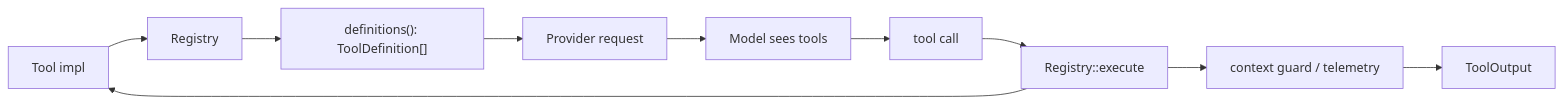
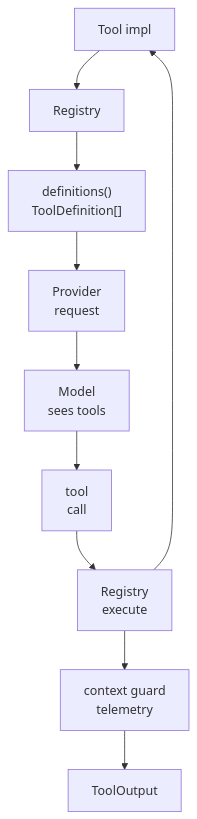
The diagram in docs/en/s04-tool-system.md (Br1an67/learn-jcode), drawn with Mermaid before and after one commit. The commit also changed 23 other files, not shown here.

Commit message:
Improve Mermaid diagram layout

````diff
--- a/docs/en/s04-tool-system.md
+++ b/docs/en/s04-tool-system.md
@@ -11,12 +11,12 @@
 ```mermaid
-flowchart LR
+flowchart TD
   ToolImpl["Tool impl"] --> Registry["Registry"]
-  Registry --> Definitions["definitions(): ToolDefinition[]"]
-  Definitions --> Provider["Provider request"]
-  Provider --> Model["Model sees tools"]
-  Model --> ToolCall["tool call"]
-  ToolCall --> Execute["Registry::execute"]
+  Registry --> Definitions["definitions()<br/>ToolDefinition[]"]
+  Definitions --> Provider["Provider<br/>request"]
+  Provider --> Model["Model<br/>sees tools"]
+  Model --> ToolCall["tool<br/>call"]
+  ToolCall --> Execute["Registry<br/>execute"]
   Execute --> ToolImpl
-  Execute --> Guard["context guard / telemetry"]
+  Execute --> Guard["context guard<br/>telemetry"]
   Guard --> Result["ToolOutput"]
 ```
````
